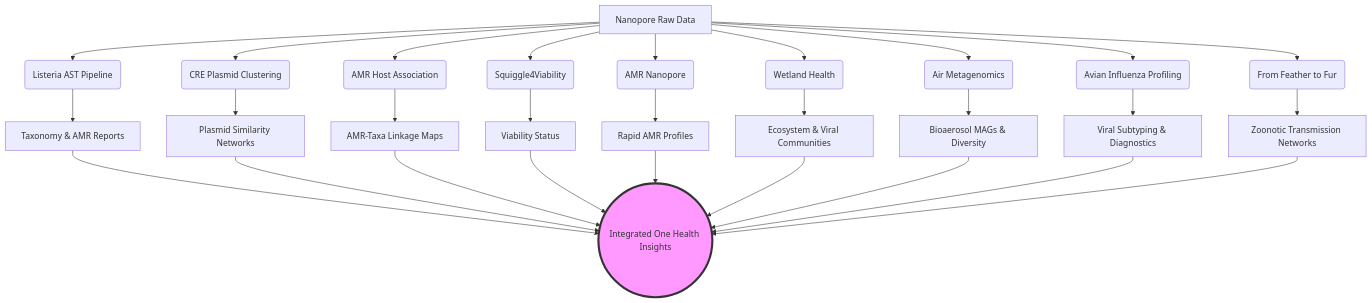
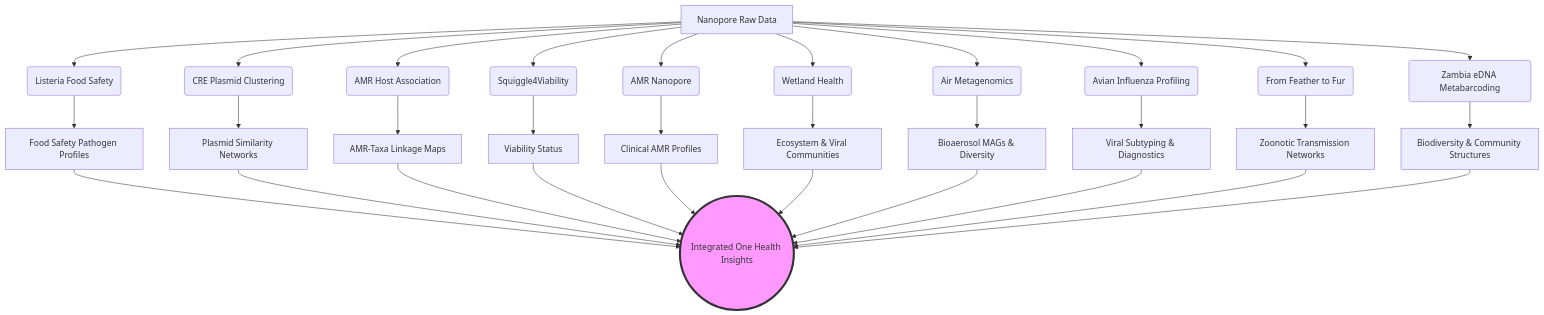
One commit to ttmgr/GenomicsForOneHealth changed the diagram in README.md. Above: the diagram before and after it, drawn with Mermaid. The commit also changed other lines of this file, not shown here.

Commit message:
Restructure domains: Add eDNA Metabarcoding, Food Safety, and refine Clinical/Viability categories

````diff
--- a/README.md
+++ b/README.md
@@ -112,34 +120,37 @@
 ```mermaid
 graph TD
-    A[Nanopore Raw Data] --> B(Listeria AST Pipeline)
+    A[Nanopore Raw Data] --> B(Listeria Food Safety)
     A --> C(CRE Plasmid Clustering)
     A --> D(AMR Host Association)
     A --> I(Squiggle4Viability)
     A --> J(AMR Nanopore)
     A --> M(Wetland Health)
     A --> N(Air Metagenomics)
     A --> Q(Avian Influenza Profiling)
     A --> S(From Feather to Fur)
+    A --> U(Zambia eDNA Metabarcoding)
     
-    B --> E[Taxonomy & AMR Reports]
+    B --> E[Food Safety Pathogen Profiles]
     C --> F[Plasmid Similarity Networks]
     D --> G[AMR-Taxa Linkage Maps]
     I --> K[Viability Status]
-    J --> L[Rapid AMR Profiles]
+    J --> L[Clinical AMR Profiles]
     M --> O[Ecosystem & Viral Communities]
     N --> P[Bioaerosol MAGs & Diversity]
     Q --> R[Viral Subtyping & Diagnostics]
     S --> T[Zoonotic Transmission Networks]
+    U --> V[Biodiversity & Community Structures]
     
     E --> H((Integrated One Health Insights))
     F --> H
     G --> H
     K --> H
     L --> H
     O --> H
     P --> H
     R --> H
     T --> H
+    V --> H
     
     style H fill:#f9f,stroke:#333,stroke-width:4px
 ```
````
